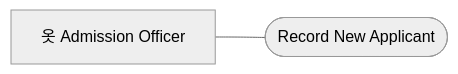
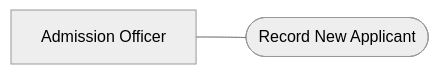
The first of 17 diagrams in Documentation/Use-Case-Diagram-Guide.md (kirbygeagonia-create/EnrollmentManagementSystem), drawn with Mermaid (neutral theme) before and after one commit. The commit also changed other lines of this file and 51 other files, not shown here.

````diff
--- a/Documentation/Use-Case-Diagram-Guide.md
+++ b/Documentation/Use-Case-Diagram-Guide.md
@@ -123,4 +123,4 @@
 ```mermaid
 flowchart LR
-    Staff["옷 Admission Officer"] --- UC1(["Record New Applicant"])
+    Staff["Admission Officer"] --- UC1(["Record New Applicant"])
 ```
````
